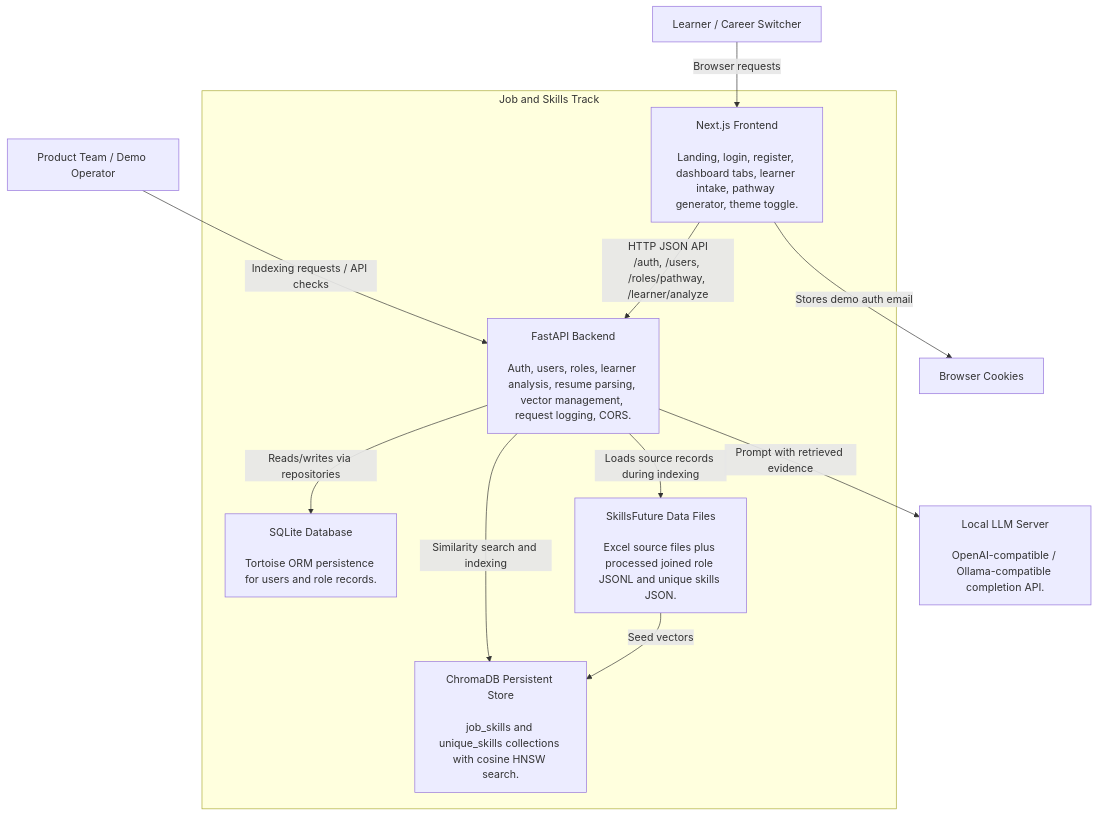
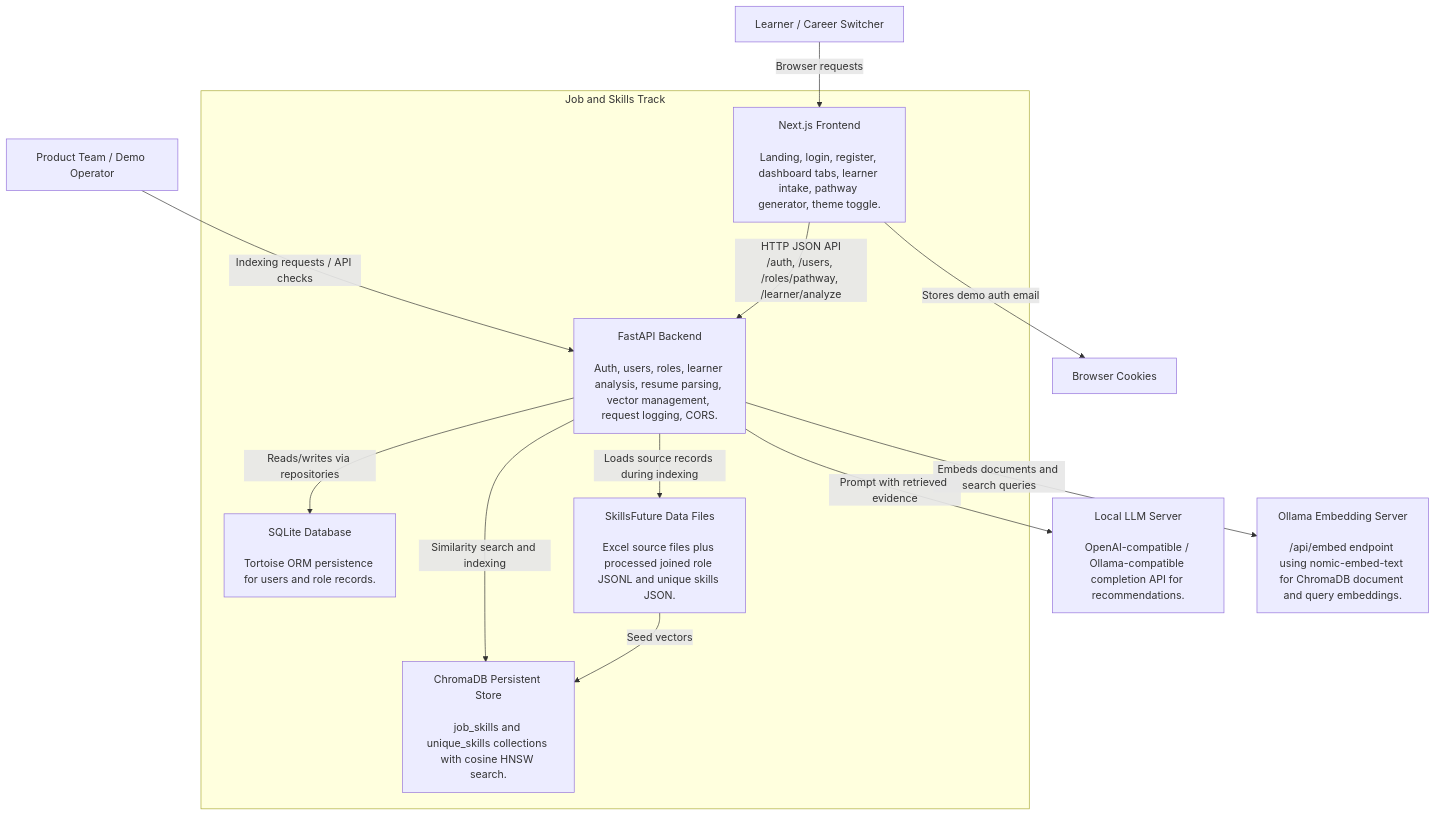
The second of 2 diagrams in pycon26/docs/architecture-c4.md (wstannnnn/pycon26-track1), drawn with Mermaid before and after one commit. The commit also changed other lines of this file and 11 other files, not shown here.

````diff
--- a/pycon26/docs/architecture-c4.md
+++ b/pycon26/docs/architecture-c4.md
@@ -27,28 +29,30 @@
 ```mermaid
 flowchart TB
     learner["Learner / Career Switcher"]
     admin["Product Team / Demo Operator"]
 
     subgraph product["Job and Skills Track"]
         frontend["Next.js Frontend<br/><br/>Landing, login, register, dashboard tabs, learner intake, pathway generator, theme toggle."]
         backend["FastAPI Backend<br/><br/>Auth, users, roles, learner analysis, resume parsing, vector management, request logging, CORS."]
         sqlite["SQLite Database<br/><br/>Tortoise ORM persistence for users and role records."]
         chroma["ChromaDB Persistent Store<br/><br/>job_skills and unique_skills collections with cosine HNSW search."]
         data_files["SkillsFuture Data Files<br/><br/>Excel source files plus processed joined role JSONL and unique skills JSON."]
     end
 
-    local_llm["Local LLM Server<br/><br/>OpenAI-compatible / Ollama-compatible completion API."]
+    local_llm["Local LLM Server<br/><br/>OpenAI-compatible / Ollama-compatible completion API for recommendations."]
+    embedding_server["Ollama Embedding Server<br/><br/>/api/embed endpoint using nomic-embed-text for ChromaDB document and query embeddings."]
 
     learner -->|"Browser requests"| frontend
     admin -->|"Indexing requests / API checks"| backend
 
     frontend -->|"HTTP JSON API<br/>/auth, /users, /roles/pathway, /learner/analyze"| backend
     frontend -->|"Stores demo auth email"| browser_cookies["Browser Cookies"]
 
     backend -->|"Reads/writes via repositories"| sqlite
     backend -->|"Similarity search and indexing"| chroma
     backend -->|"Loads source records during indexing"| data_files
+    backend -->|"Embeds documents and search queries"| embedding_server
     backend -->|"Prompt with retrieved evidence"| local_llm
 
     data_files -->|"Seed vectors"| chroma
 ```
````
